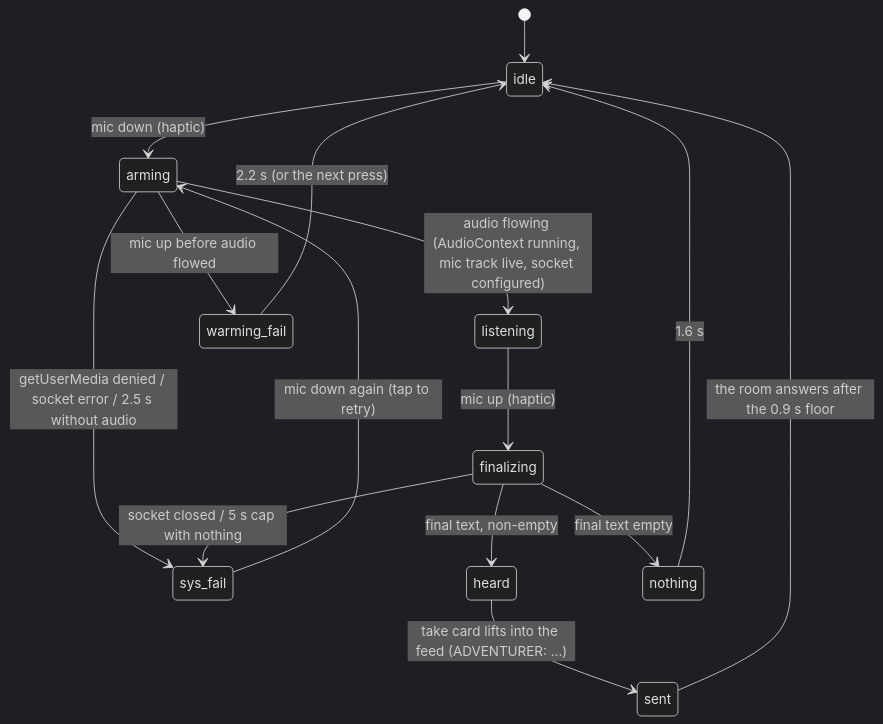
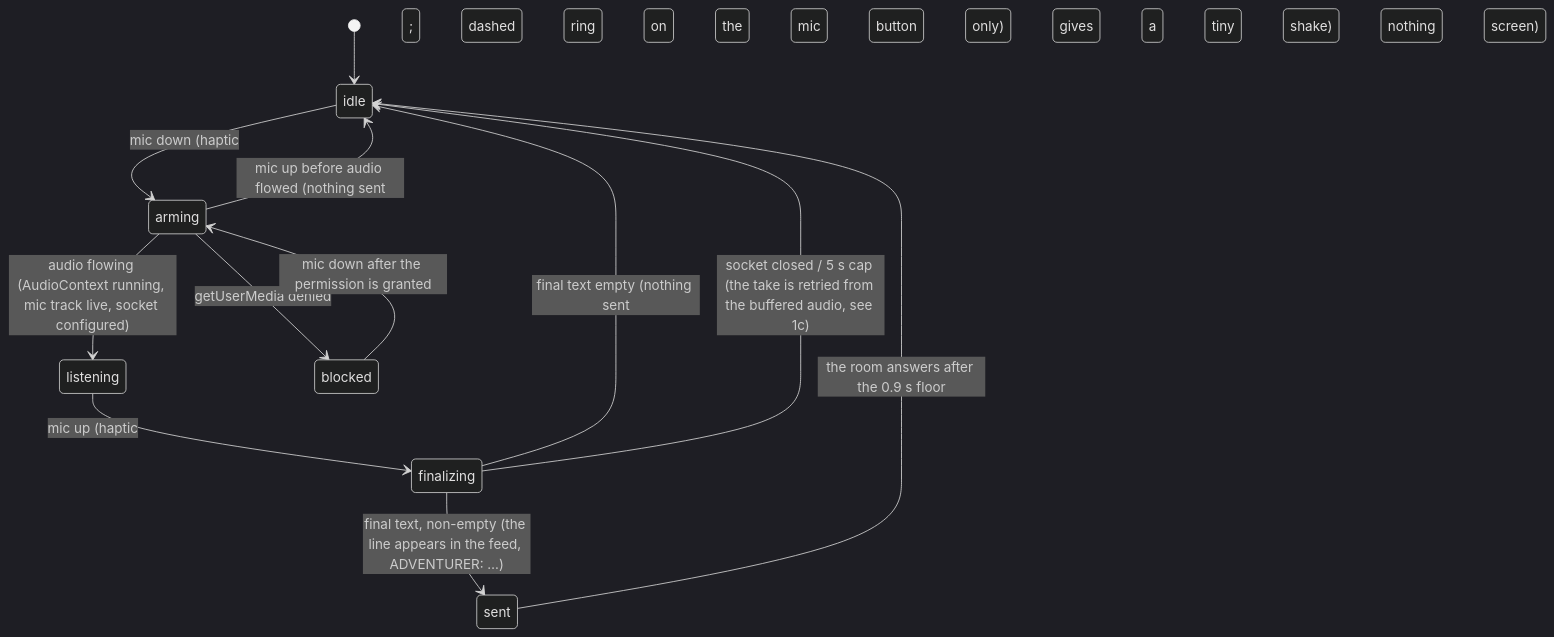
One commit to imaginalnika/fixion-ux changed the first of 2 diagrams in proposal.md. Above: the diagram before and after it, drawn with Mermaid (dark theme). The commit also changed other lines of this file and 21 other files, not shown here.

Commit message:
Plain talking is invisible (words only in the feed), ACT not lifted; all clips re-recorded (Josh after fix10, 21:52 JST)

````diff
--- a/proposal.md
+++ b/proposal.md
@@ -73,17 +91,14 @@
 ```mermaid
 stateDiagram-v2
   [*] --> idle
-  idle --> arming: mic down (haptic)
+  idle --> arming: mic down (haptic; dashed ring on the mic button only)
   arming --> listening: audio flowing (AudioContext running, mic track live, socket configured)
-  arming --> warming_fail: mic up before audio flowed
-  arming --> sys_fail: getUserMedia denied / socket error / 2.5 s without audio
-  listening --> finalizing: mic up (haptic)
-  finalizing --> heard: final text, non-empty
-  finalizing --> nothing: final text empty
-  finalizing --> sys_fail: socket closed / 5 s cap with nothing
-  heard --> sent: take card lifts into the feed (ADVENTURER: …)
+  arming --> idle: mic up before audio flowed (nothing sent; the mic gives a tiny shake)
+  arming --> blocked: getUserMedia denied
+  listening --> finalizing: mic up (haptic; nothing on screen)
+  finalizing --> sent: final text, non-empty (the line appears in the feed, ADVENTURER: …)
+  finalizing --> idle: final text empty (nothing sent; the mic gives a tiny shake)
+  finalizing --> idle: socket closed / 5 s cap (the take is retried from the buffered audio, see 1c)
   sent --> idle: the room answers after the 0.9 s floor
-  nothing --> idle: 1.6 s
-  warming_fail --> idle: 2.2 s (or the next press)
-  sys_fail --> arming: mic down again (tap to retry)
+  blocked --> arming: mic down after the permission is granted
 ```
````
